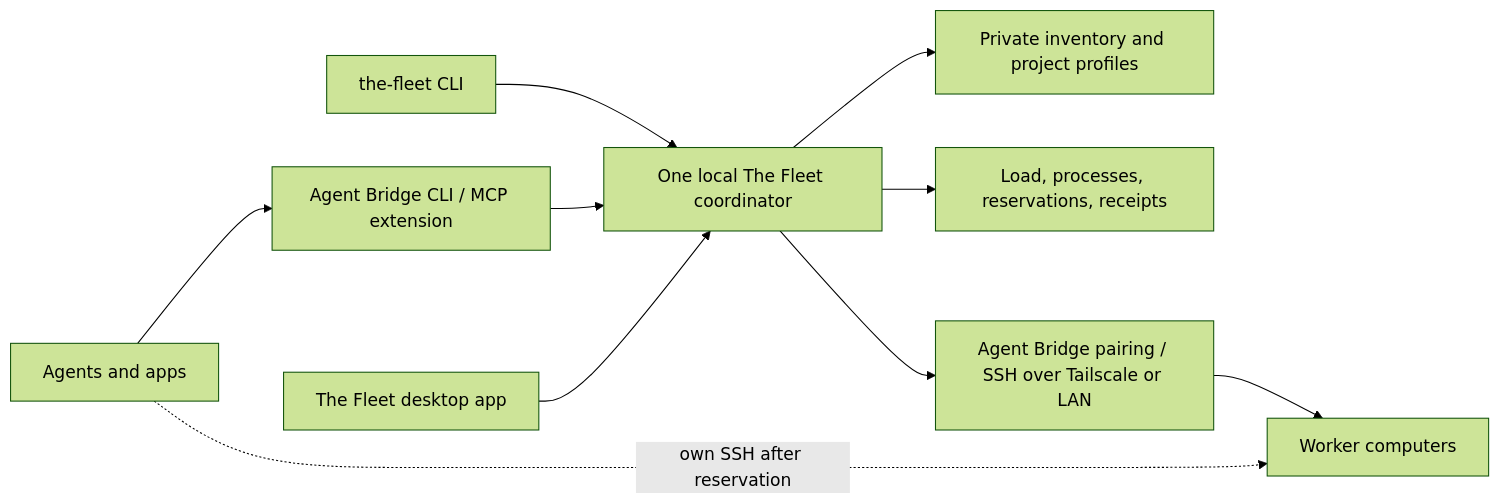
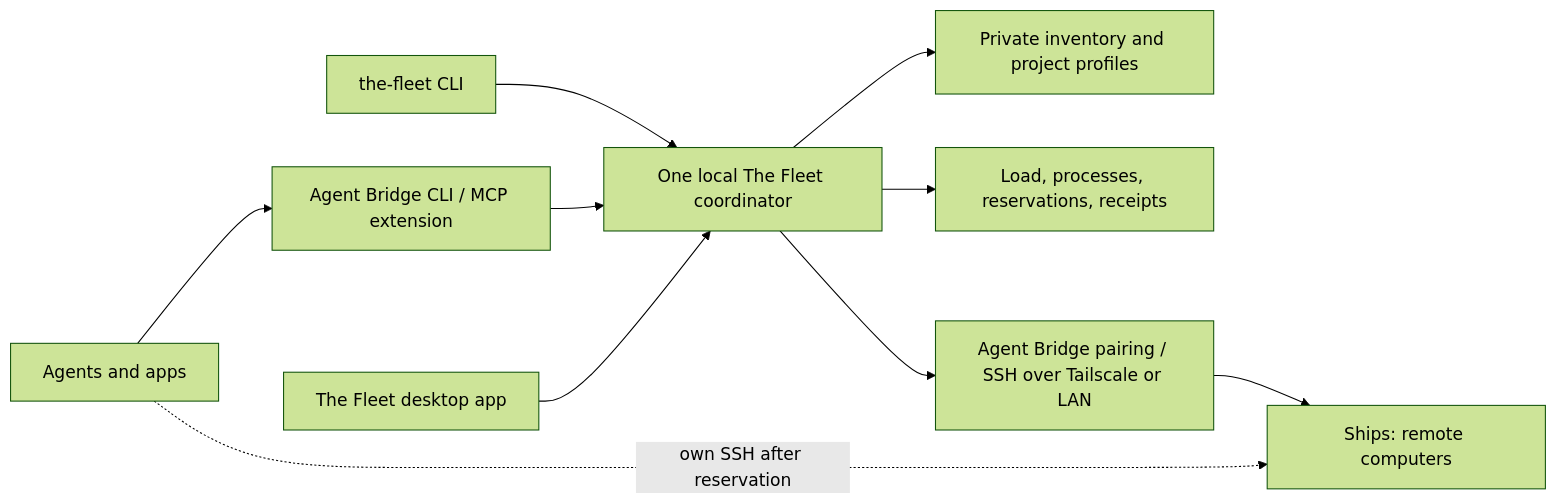
The diagram in README.md (EthanSK/the-fleet), drawn with Mermaid (forest theme) before and after one commit. The commit also changed other lines of this file and 21 other files, not shown here.

Commit message:
Call fleet computers ships throughout the desktop app

````diff
--- a/README.md
+++ b/README.md
@@ -39,12 +43,12 @@
 ```mermaid
 flowchart LR
   Agents[Agents and apps] --> Bridge[Agent Bridge CLI / MCP extension]
   CLI[the-fleet CLI] --> Service[One local The Fleet coordinator]
   Bridge --> Service
   App[The Fleet desktop app] --> Service
   Service --> Config[Private inventory and project profiles]
   Service --> State[Load, processes, reservations, receipts]
   Service --> SSH[Agent Bridge pairing / SSH over Tailscale or LAN]
-  SSH --> Workers[Worker computers]
+  SSH --> Workers[Ships: remote computers]
   Agents -. own SSH after reservation .-> Workers
 ```
````
